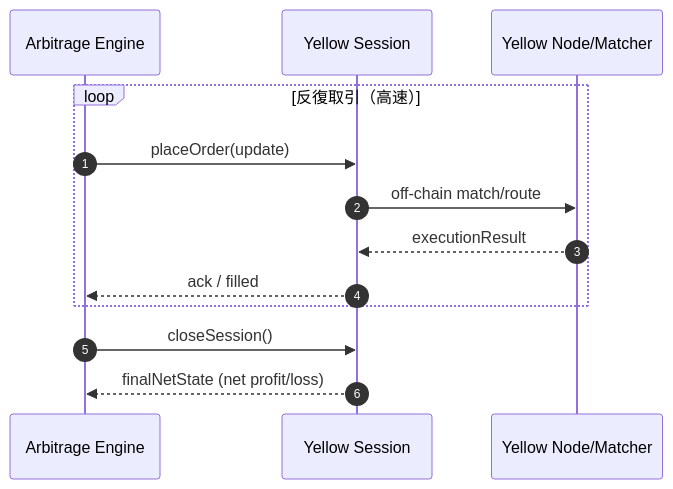
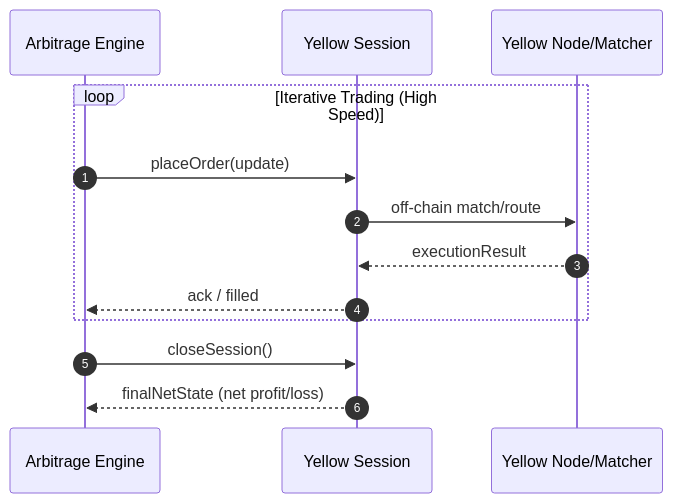
One commit to mashharuki/hack-money-2026 changed the ninth of 11 diagrams in README.md. Above: the diagram before and after it, drawn with Mermaid. The commit also changed other lines of this file and 4 other files, not shown here.

````diff
--- a/README.md
+++ b/README.md
@@ -512,17 +515,17 @@
 ```mermaid
 sequenceDiagram
   autonumber
   participant Engine as Arbitrage Engine
   participant Session as Yellow Session
   participant Node as Yellow Node/Matcher
 
-  loop 反復取引（高速）
+  loop Iterative Trading (High Speed)
     Engine->>Session: placeOrder(update)
     Session->>Node: off-chain match/route
     Node-->>Session: executionResult
     Session-->>Engine: ack / filled
   end
 
   Engine->>Session: closeSession()
   Session-->>Engine: finalNetState (net profit/loss)
 ```
````
